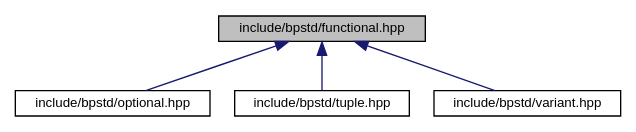
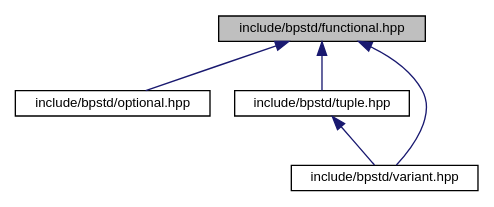
Before and after one commit to bitwizeshift/BackportCpp: the diagram in api/latest/df/d63/functional_8hpp__dep__incl.dot, drawn with Graphviz. The commit also changed 38 other files, not shown here.

```diff
--- a/api/latest/df/d63/functional_8hpp__dep__incl.dot
+++ b/api/latest/df/d63/functional_8hpp__dep__incl.dot
@@ -1,12 +1,13 @@
 digraph "include/bpstd/functional.hpp"
 {
   edge [fontname="Helvetica",fontsize="10",labelfontname="Helvetica",labelfontsize="10"];
   node [fontname="Helvetica",fontsize="10",shape=record];
   Node10 [label="include/bpstd/functional.hpp",height=0.2,width=0.4,color="black", fillcolor="grey75", style="filled", fontcolor="black"];
   Node10 -> Node11 [dir="back",color="midnightblue",fontsize="10",style="solid",fontname="Helvetica"];
   Node11 [label="include/bpstd/optional.hpp",height=0.2,width=0.4,color="black", fillcolor="white", style="filled",URL="$db/dd5/optional_8hpp.html",tooltip="This header provides definitions from the C++ header <optional> "];
   Node10 -> Node12 [dir="back",color="midnightblue",fontsize="10",style="solid",fontname="Helvetica"];
   Node12 [label="include/bpstd/tuple.hpp",height=0.2,width=0.4,color="black", fillcolor="white", style="filled",URL="$d3/d6f/tuple_8hpp.html",tooltip="This header provides definitions from the C++ header <tuple> "];
+  Node12 -> Node13 [dir="back",color="midnightblue",fontsize="10",style="solid",fontname="Helvetica"];
+  Node13 [label="include/bpstd/variant.hpp",height=0.2,width=0.4,color="black", fillcolor="white", style="filled",URL="$d9/d7a/variant_8hpp.html",tooltip="This header provides definitions from the C++ header <variant> "];
   Node10 -> Node13 [dir="back",color="midnightblue",fontsize="10",style="solid",fontname="Helvetica"];
-  Node13 [label="include/bpstd/variant.hpp",height=0.2,width=0.4,color="black", fillcolor="white", style="filled",URL="$d9/d7a/variant_8hpp.html",tooltip="This header provides definitions from the C++ header <variant> "];
 }
```
